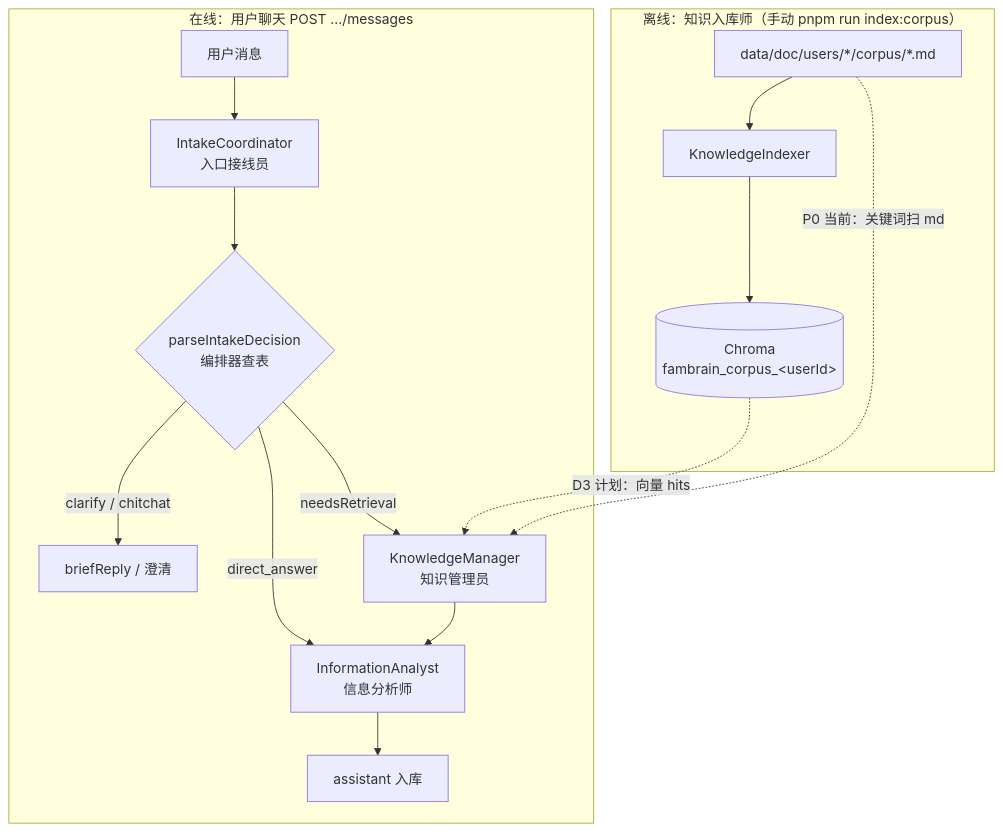
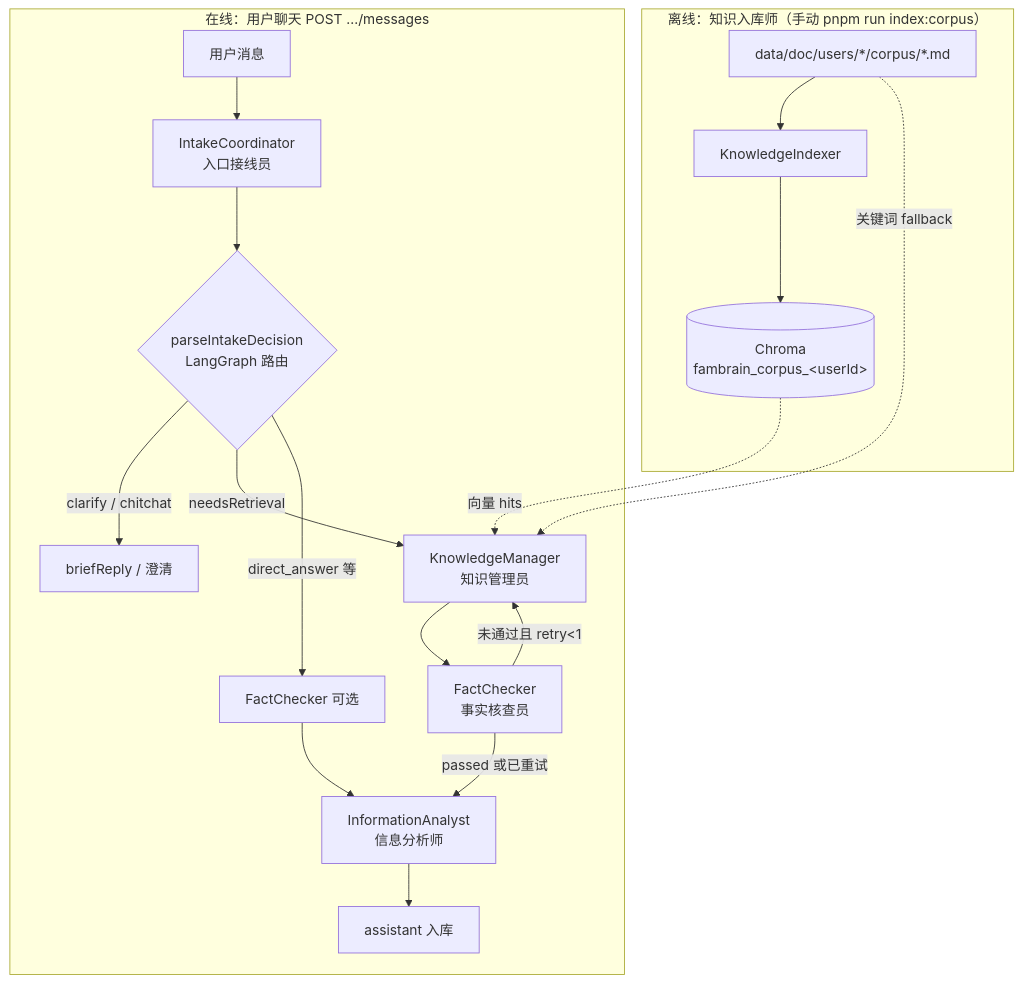
One commit to panzhanfei/fambrain-agents changed the first of 7 diagrams in docs/02-agent-flows.md. Above: the diagram before and after it, drawn with Mermaid. The commit also changed other lines of this file and 18 other files, not shown here.

````diff
--- a/docs/02-agent-flows.md
+++ b/docs/02-agent-flows.md
@@ -19,22 +20,24 @@
 ```mermaid
 flowchart TB
   subgraph offline ["离线：知识入库师（手动 pnpm run index:corpus）"]
     MD["data/doc/users/*/corpus/*.md"]
     KI["KnowledgeIndexer"]
     CH[("Chroma<br/>fambrain_corpus_&lt;userId&gt;")]
     MD --> KI --> CH
   end
 
   subgraph online ["在线：用户聊天 POST .../messages"]
     U[用户消息] --> IC[IntakeCoordinator<br/>入口接线员]
-    IC --> P{parseIntakeDecision<br/>编排器查表}
+    IC --> P{parseIntakeDecision<br/>LangGraph 路由}
     P -->|clarify / chitchat| R1[briefReply / 澄清]
     P -->|needsRetrieval| KM[KnowledgeManager<br/>知识管理员]
-    P -->|direct_answer| IA[InformationAnalyst<br/>信息分析师]
-    KM --> IA
+    KM --> FC[FactChecker<br/>事实核查员]
+    FC -->|passed 或已重试| IA[InformationAnalyst<br/>信息分析师]
+    FC -->|未通过且 retry&lt;1| KM
+    P -->|direct_answer 等| FC2[FactChecker 可选] --> IA
     IA --> OUT[assistant 入库]
   end
 
-  CH -.->|D3 计划：向量 hits| KM
-  MD -.->|P0 当前：关键词扫 md| KM
+  CH -.->|向量 hits| KM
+  MD -.->|关键词 fallback| KM
 ```
````
